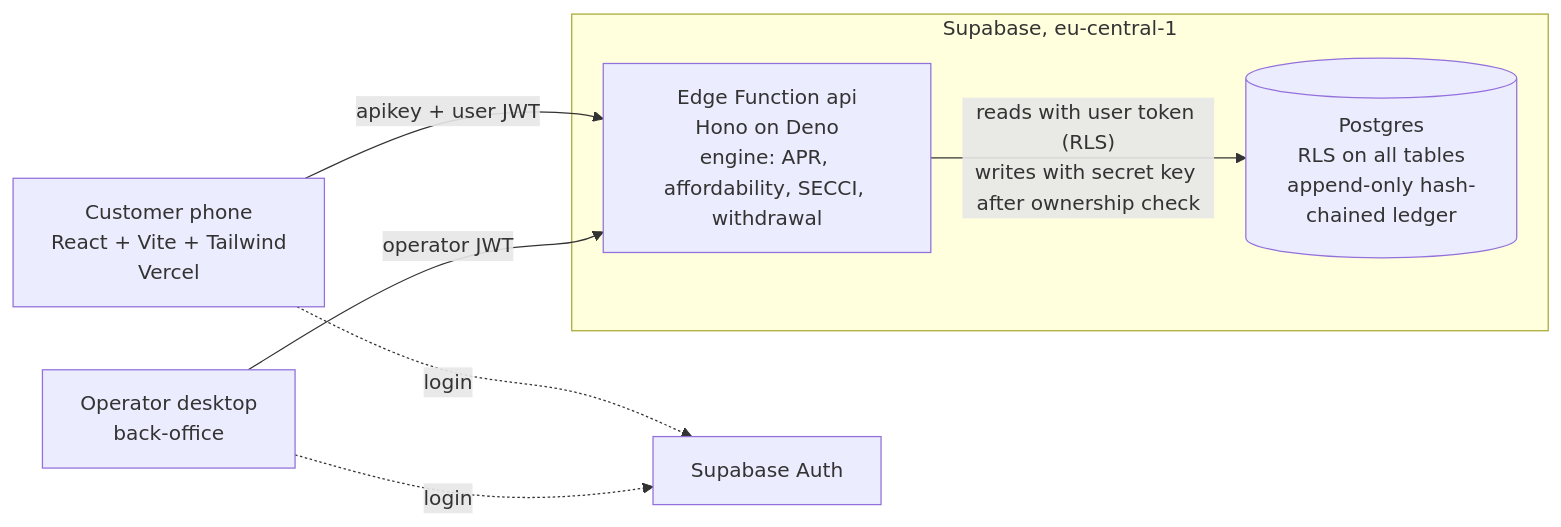
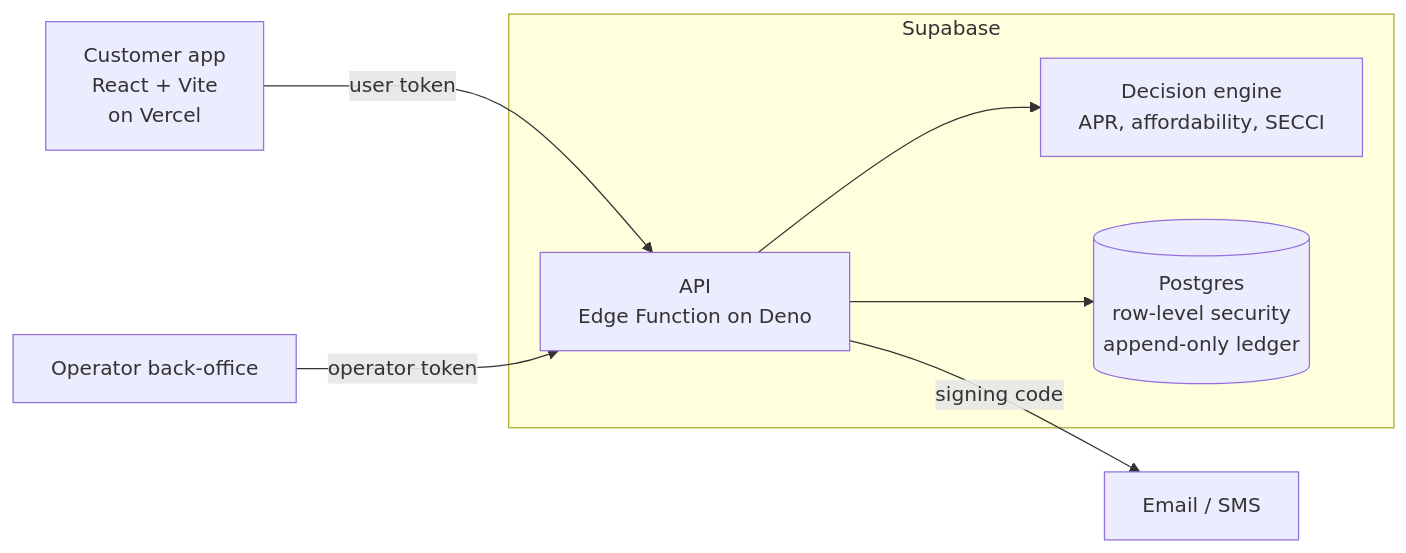
One commit to davidlinca/comb changed the diagram in README.md. Above: the diagram before and after it, drawn with Mermaid. The commit also changed other lines of this file, not shown here.

````diff
--- a/README.md
+++ b/README.md
@@ -33,12 +41,13 @@
 ```mermaid
 flowchart LR
-  U[Customer phone<br/>React + Vite + Tailwind<br/>Vercel] -- "apikey + user JWT" --> API
-  O[Operator desktop<br/>back-office] -- "operator JWT" --> API
-  U -. login .-> AUTH[Supabase Auth]
-  O -. login .-> AUTH
-  subgraph Supabase [Supabase, eu-central-1]
-    API[Edge Function api<br/>Hono on Deno<br/>engine: APR, affordability, SECCI, withdrawal]
-    DB[(Postgres<br/>RLS on all tables<br/>append-only hash-chained ledger)]
-    API -- "reads with user token (RLS)<br/>writes with secret key after ownership check" --> DB
+  C[Customer app<br/>React + Vite<br/>on Vercel] -->|user token| API
+  B[Operator back-office] -->|operator token| API
+  subgraph Supabase
+    API[API<br/>Edge Function on Deno]
+    E[Decision engine<br/>APR, affordability, SECCI]
+    DB[(Postgres<br/>row-level security<br/>append-only ledger)]
+    API --> E
+    API --> DB
   end
+  API -->|signing code| M[Email / SMS]
 ```
````
